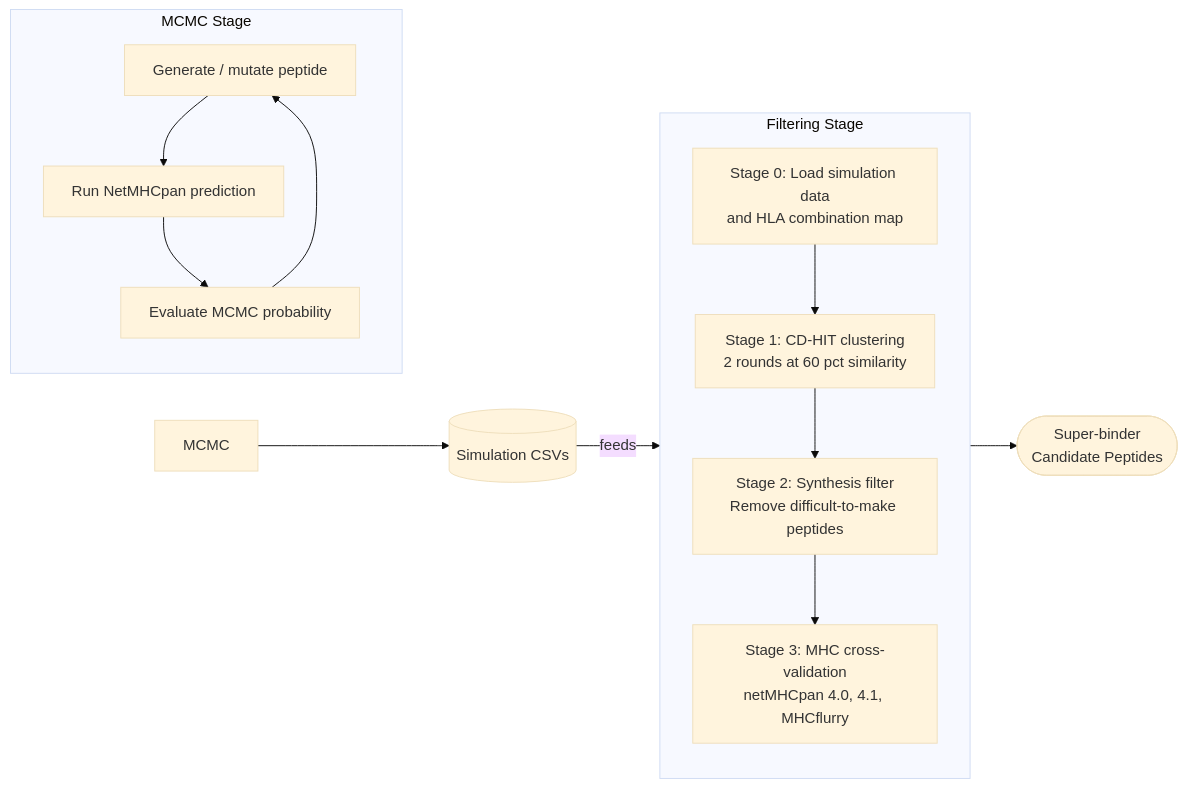
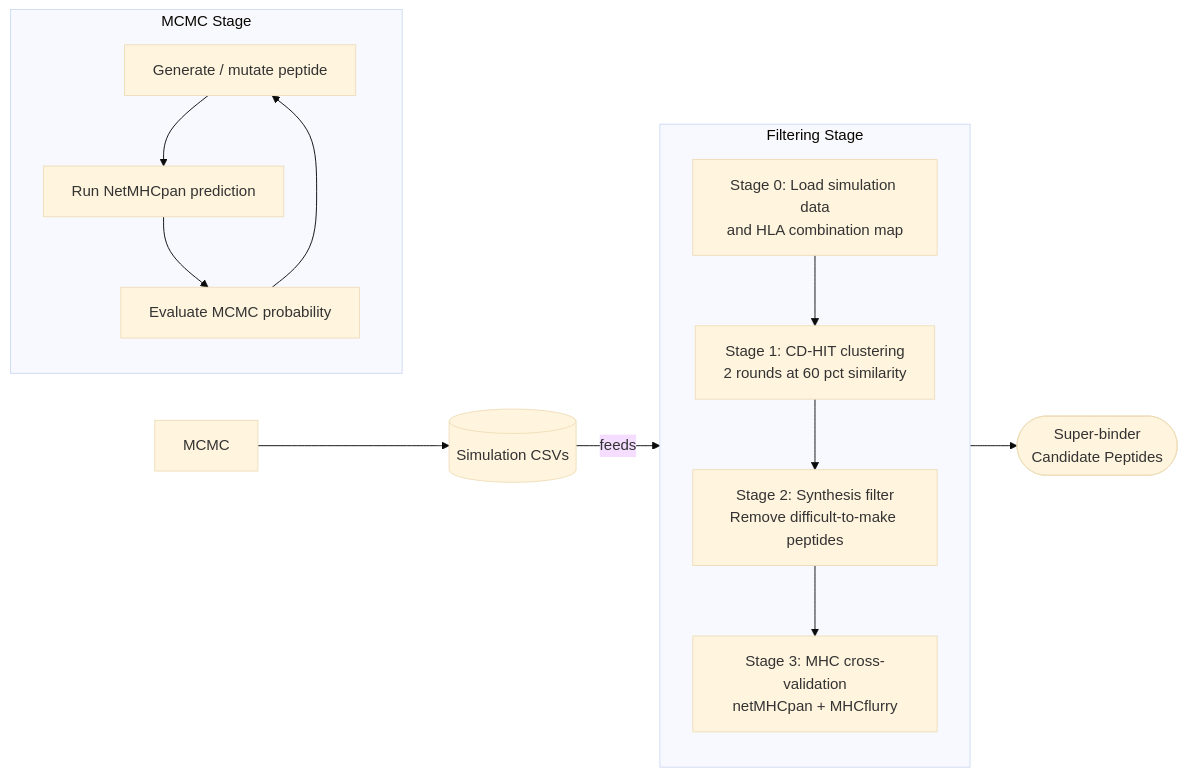
Before and after one commit to elinor5938/super-HLA: the diagram in README.md, drawn with Mermaid (base theme). The commit also changed other lines of this file and 16 other files, not shown here.

````diff
--- a/README.md
+++ b/README.md
@@ -16,23 +16,23 @@
 ```mermaid
 flowchart LR
     subgraph MCMC Stage
         direction TB
         M1[Generate / mutate peptide]
         M2[Run NetMHCpan prediction]
         M3[Evaluate MCMC probability]
         M1 --> M2 --> M3 --> M1
     end
 
     subgraph Filtering Stage
         direction TB
         F0["Stage 0: Load simulation data<br/>and HLA combination map"]
         F1["Stage 1: CD-HIT clustering<br/>2 rounds at 60 pct similarity"]
         F2["Stage 2: Synthesis filter<br/>Remove difficult-to-make peptides"]
-        F3["Stage 3: MHC cross-validation<br/>netMHCpan 4.0, 4.1, MHCflurry"]
+        F3["Stage 3: MHC cross-validation<br/>netMHCpan + MHCflurry"]
         F0 --> F1 --> F2 --> F3
     end
 
     CSV[(Simulation CSVs)] -- feeds --> F0
     MCMC --> CSV
     F3 --> Result(["Super-binder<br/>Candidate Peptides"])
 ```
````
